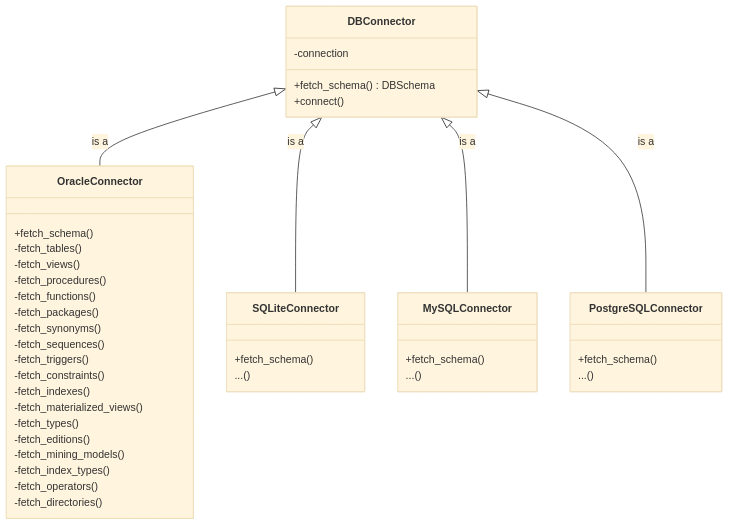
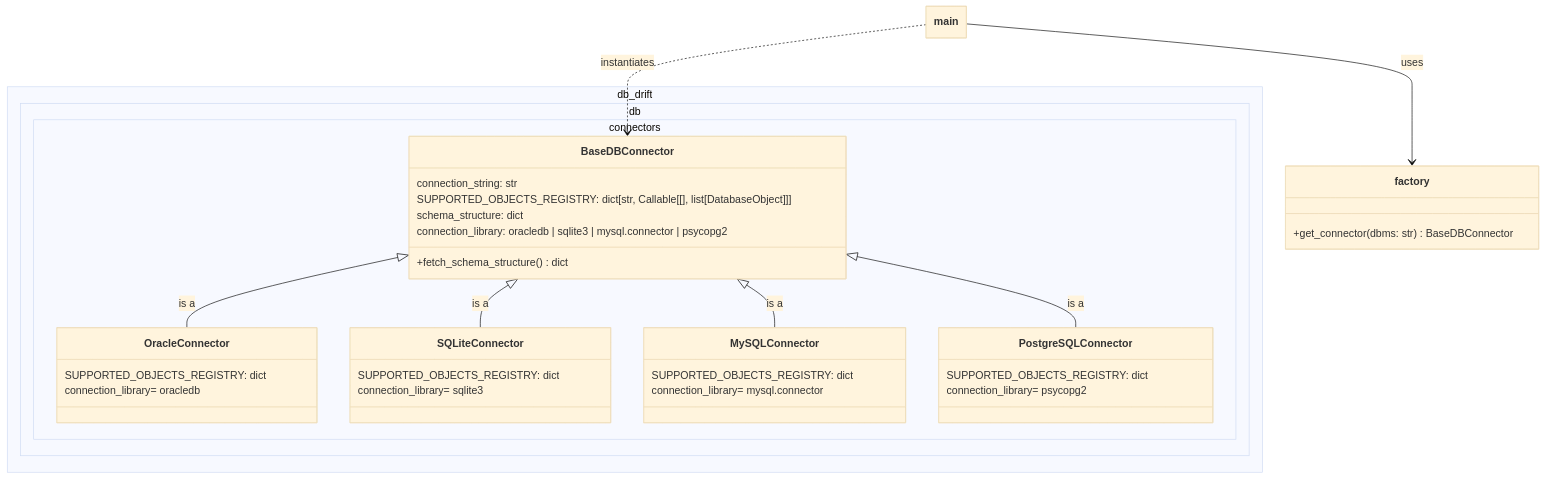
One commit to dyka3773/db-drift changed the diagram in docs/UML/draft-dbms_connectors.md. Above: the diagram before and after it, drawn with Mermaid (base theme). The commit also changed 2 other files, not shown here.

Commit message:
docs: Update documentation with the newest implementation

````diff
--- a/docs/UML/draft-dbms_connectors.md
+++ b/docs/UML/draft-dbms_connectors.md
@@ -1,55 +1,54 @@
 ```mermaid
 ---
 config:
     class:
         hideEmptyMembersBox: true
 ---
 
 classDiagram
-    class DBConnector {
-        -connection
-        +fetch_schema() DBSchema
-        +connect()
+
+namespace db_drift.db.connectors {
+    class BaseDBConnector {
+        connection_string: str
+        SUPPORTED_OBJECTS_REGISTRY: dict[str, Callable[[], list[DatabaseObject]]]
+        schema_structure: dict
+        connection_library: oracledb | sqlite3 | mysql.connector | psycopg2
+        +fetch_schema_structure() dict
     }
 
     class OracleConnector {
-        +fetch_schema()
-        -fetch_tables()
-        -fetch_views()
-        -fetch_procedures()
-        -fetch_functions()
-        -fetch_packages()
-        -fetch_synonyms()
-        -fetch_sequences()
-        -fetch_triggers()
-        -fetch_constraints()
-        -fetch_indexes()
-        -fetch_materialized_views()
-        -fetch_types()
-        -fetch_editions()
-        -fetch_mining_models()
-        -fetch_index_types()
-        -fetch_operators()
-        -fetch_directories()
+        SUPPORTED_OBJECTS_REGISTRY: dict
+        connection_library= oracledb
     }
-    DBConnector <|-- OracleConnector: is a
 
     class SQLiteConnector {
-        +fetch_schema()
-        ...()
+        SUPPORTED_OBJECTS_REGISTRY: dict
+        connection_library= sqlite3
     }
-    DBConnector <|-- SQLiteConnector: is a
 
     class MySQLConnector {
-        +fetch_schema()
-        ...()
+        SUPPORTED_OBJECTS_REGISTRY: dict
+        connection_library= mysql.connector
     }
-    DBConnector <|-- MySQLConnector: is a
 
     class PostgreSQLConnector {
-        +fetch_schema()
-        ...()
+        SUPPORTED_OBJECTS_REGISTRY: dict
+        connection_library= psycopg2
     }
-    DBConnector <|-- PostgreSQLConnector: is a
+   
+}
 
+BaseDBConnector <|-- OracleConnector: is a
+BaseDBConnector <|-- SQLiteConnector: is a
+BaseDBConnector <|-- MySQLConnector: is a
+BaseDBConnector <|-- PostgreSQLConnector: is a
+
+
+class factory {
+    +get_connector(dbms: str) BaseDBConnector
+}
+
+class main
+main --> factory: uses
+main ..> BaseDBConnector: instantiates
 ```
````
